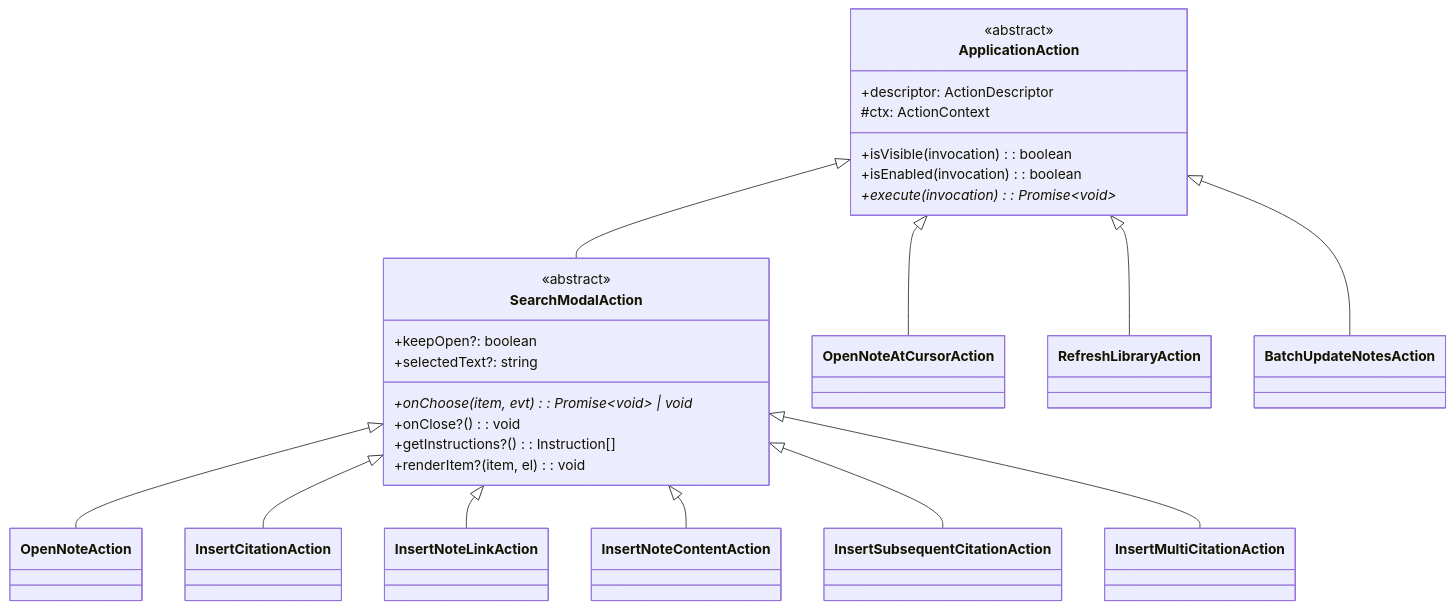
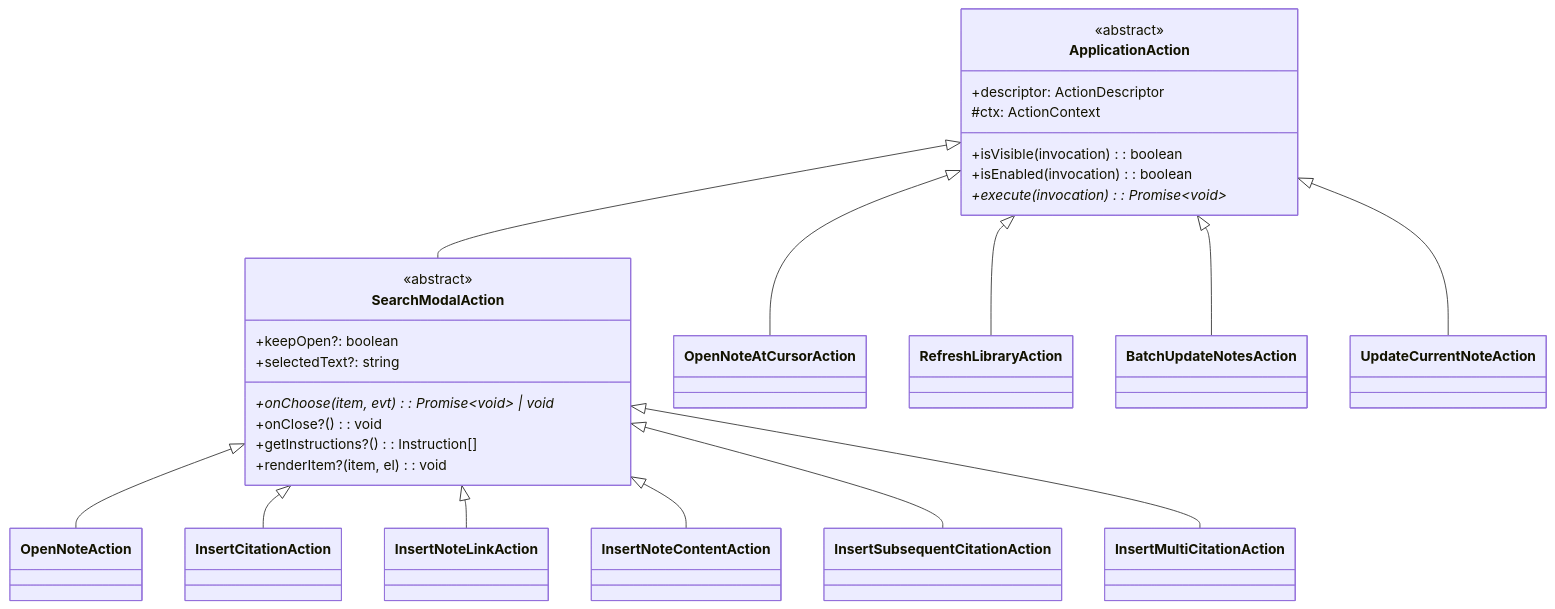
Before and after one commit to akhmialeuski/obsidian-citation-extended: diagram 14 of 23 in docs/architecture.md, drawn with Mermaid. The commit also changed other lines of this file and 5 other files, not shown here.

````diff
--- a/docs/architecture.md
+++ b/docs/architecture.md
@@ -689,42 +690,44 @@
 ```mermaid
 classDiagram
     class ApplicationAction {
         <<abstract>>
         +descriptor: ActionDescriptor
         #ctx: ActionContext
         +isVisible(invocation): boolean
         +isEnabled(invocation): boolean
         +execute(invocation)*: Promise~void~
     }
 
     class SearchModalAction {
         <<abstract>>
         +keepOpen?: boolean
         +selectedText?: string
         +onChoose(item, evt)*: Promise~void~ | void
         +onClose?(): void
         +getInstructions?(): Instruction[]
         +renderItem?(item, el): void
     }
 
     class OpenNoteAction
     class InsertCitationAction
     class InsertNoteLinkAction
     class InsertNoteContentAction
     class InsertSubsequentCitationAction
     class InsertMultiCitationAction
     class OpenNoteAtCursorAction
     class RefreshLibraryAction
     class BatchUpdateNotesAction
+    class UpdateCurrentNoteAction
 
     ApplicationAction <|-- SearchModalAction
     SearchModalAction <|-- OpenNoteAction
     SearchModalAction <|-- InsertCitationAction
     SearchModalAction <|-- InsertNoteLinkAction
     SearchModalAction <|-- InsertNoteContentAction
     SearchModalAction <|-- InsertSubsequentCitationAction
     SearchModalAction <|-- InsertMultiCitationAction
     ApplicationAction <|-- OpenNoteAtCursorAction
     ApplicationAction <|-- RefreshLibraryAction
     ApplicationAction <|-- BatchUpdateNotesAction
+    ApplicationAction <|-- UpdateCurrentNoteAction
 ```
````
